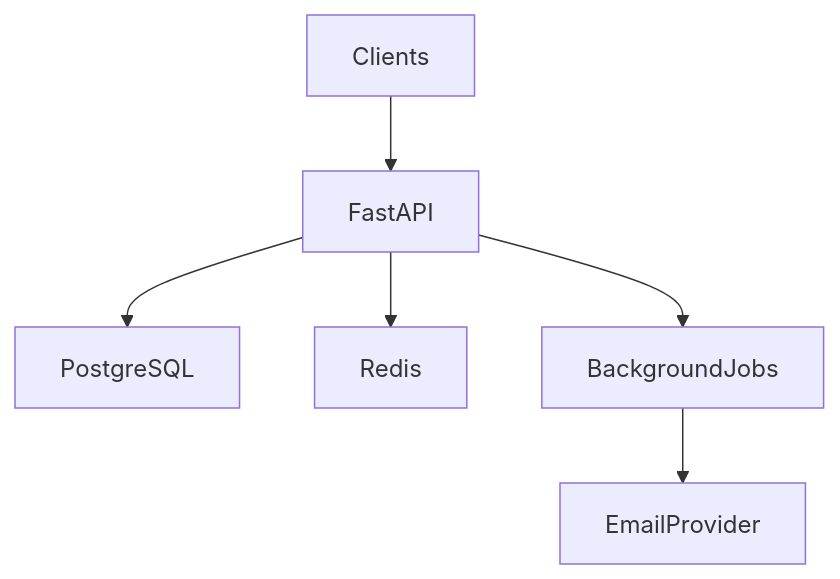
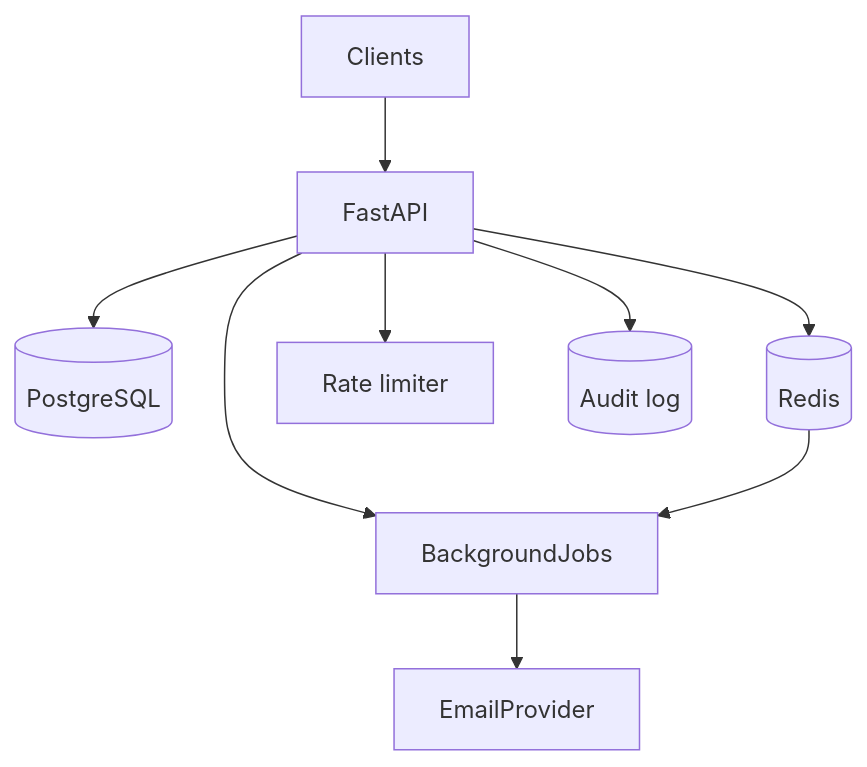
The second of 4 diagrams in context/project-overview.md (aakashhuda/launchpad), drawn with Mermaid before and after one commit. The commit also changed other lines of this file and 9 other files, not shown here.

````diff
--- a/context/project-overview.md
+++ b/context/project-overview.md
@@ -335,8 +402,11 @@
 ```mermaid
 graph TD;
   Clients --> FastAPI
-  FastAPI --> PostgreSQL
-  FastAPI --> Redis
+  FastAPI --> Postgres[(PostgreSQL)]
+  FastAPI --> Redis[(Redis)]
   FastAPI --> BackgroundJobs
   BackgroundJobs --> EmailProvider
+  FastAPI --> RateLimit[Rate limiter]
+  FastAPI --> Audit[(Audit log)]
+  Redis --> BackgroundJobs
 ```
````
